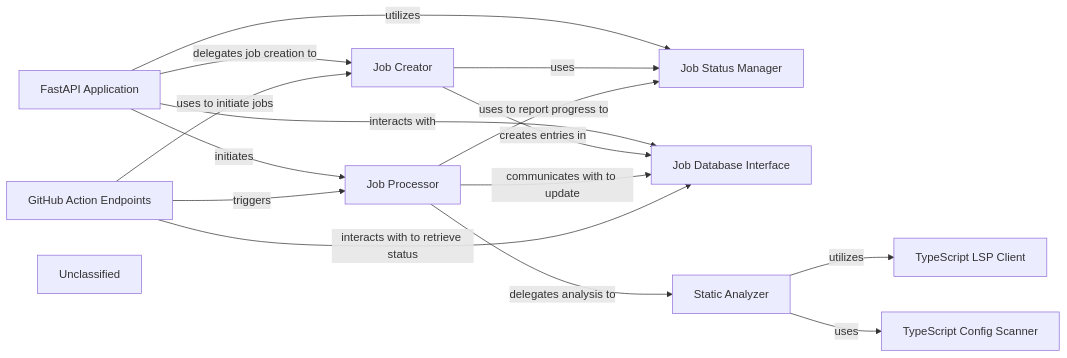
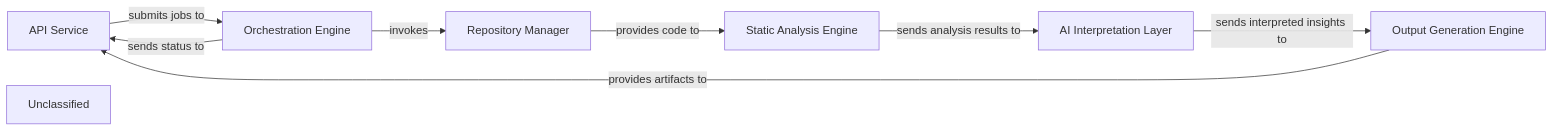
The diagram in .codeboarding/API_Service.md (mariyam866/CodeBoarding), drawn with Mermaid before and after one commit. The commit also changed other lines of this file and 15 other files, not shown here.

First line of the commit message:
docs: update codeboarding documentation and generate architecture

````diff
--- a/.codeboarding/API_Service.md
+++ b/.codeboarding/API_Service.md
@@ -1,27 +1,23 @@
 ```mermaid
 graph LR
-    FastAPI_Application["FastAPI Application"]
-    Job_Creator["Job Creator"]
-    Job_Status_Manager["Job Status Manager"]
-    Job_Database_Interface["Job Database Interface"]
-    Job_Processor["Job Processor"]
-    Static_Analyzer["Static Analyzer"]
-    TypeScript_LSP_Client["TypeScript LSP Client"]
-    TypeScript_Config_Scanner["TypeScript Config Scanner"]
-    GitHub_Action_Endpoints["GitHub Action Endpoints"]
+    API_Service["API Service"]
+    Orchestration_Engine["Orchestration Engine"]
+    Repository_Manager["Repository Manager"]
+    Static_Analysis_Engine["Static Analysis Engine"]
+    AI_Interpretation_Layer["AI Interpretation Layer"]
+    Output_Generation_Engine["Output Generation Engine"]
     Unclassified["Unclassified"]
-    FastAPI_Application -- "initiates" --> Job_Processor
-    FastAPI_Application -- "delegates job creation to" --> Job_Creator
-    FastAPI_Application -- "interacts with" --> Job_Database_Interface
-    FastAPI_Application -- "utilizes" --> Job_Status_Manager
-    Job_Creator -- "uses" --> Job_Status_Manager
-    Job_Creator -- "creates entries in" --> Job_Database_Interface
-    Job_Processor -- "communicates with to update" --> Job_Database_Interface
-    Job_Processor -- "uses to report progress to" --> Job_Status_Manager
-    Job_Processor -- "delegates analysis to" --> Static_Analyzer
-    GitHub_Action_Endpoints -- "uses to initiate jobs" --> Job_Creator
-    GitHub_Action_Endpoints -- "triggers" --> Job_Processor
-    GitHub_Action_Endpoints -- "interacts with to retrieve status" --> Job_Database_Interface
-    Static_Analyzer -- "utilizes" --> TypeScript_LSP_Client
-    Static_Analyzer -- "uses" --> TypeScript_Config_Scanner
+    API_Service -- "submits jobs to" --> Orchestration_Engine
+    Orchestration_Engine -- "sends status to" --> API_Service
+    Output_Generation_Engine -- "provides artifacts to" --> API_Service
+    Orchestration_Engine -- "invokes" --> Repository_Manager
+    Repository_Manager -- "provides code to" --> Static_Analysis_Engine
+    Static_Analysis_Engine -- "sends analysis results to" --> AI_Interpretation_Layer
+    AI_Interpretation_Layer -- "sends interpreted insights to" --> Output_Generation_Engine
+    click API_Service href "https://github.com/CodeBoarding/CodeBoarding/blob/main/.codeboarding/API_Service.md" "Details"
+    click Orchestration_Engine href "https://github.com/CodeBoarding/CodeBoarding/blob/main/.codeboarding/Orchestration_Engine.md" "Details"
+    click Repository_Manager href "https://github.com/CodeBoarding/CodeBoarding/blob/main/.codeboarding/Repository_Manager.md" "Details"
+    click Static_Analysis_Engine href "https://github.com/CodeBoarding/CodeBoarding/blob/main/.codeboarding/Static_Analysis_Engine.md" "Details"
+    click AI_Interpretation_Layer href "https://github.com/CodeBoarding/CodeBoarding/blob/main/.codeboarding/AI_Interpretation_Layer.md" "Details"
+    click Output_Generation_Engine href "https://github.com/CodeBoarding/CodeBoarding/blob/main/.codeboarding/Output_Generation_Engine.md" "Details"
 ```
````
